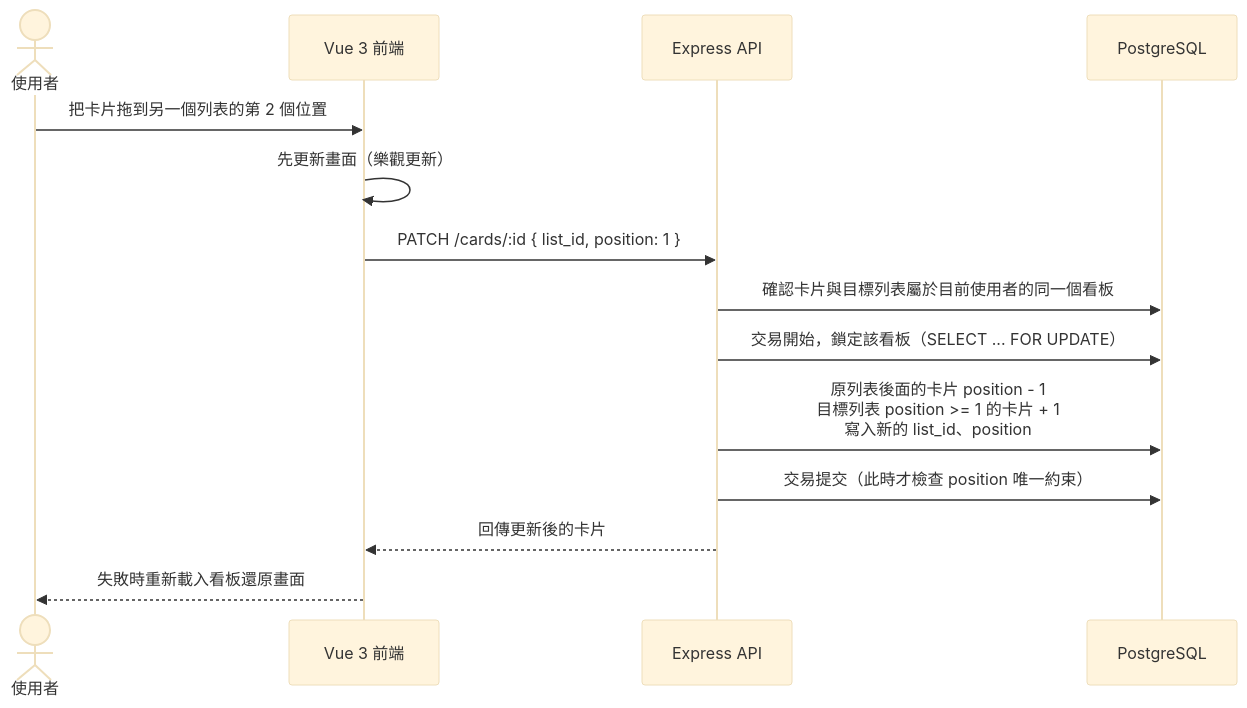
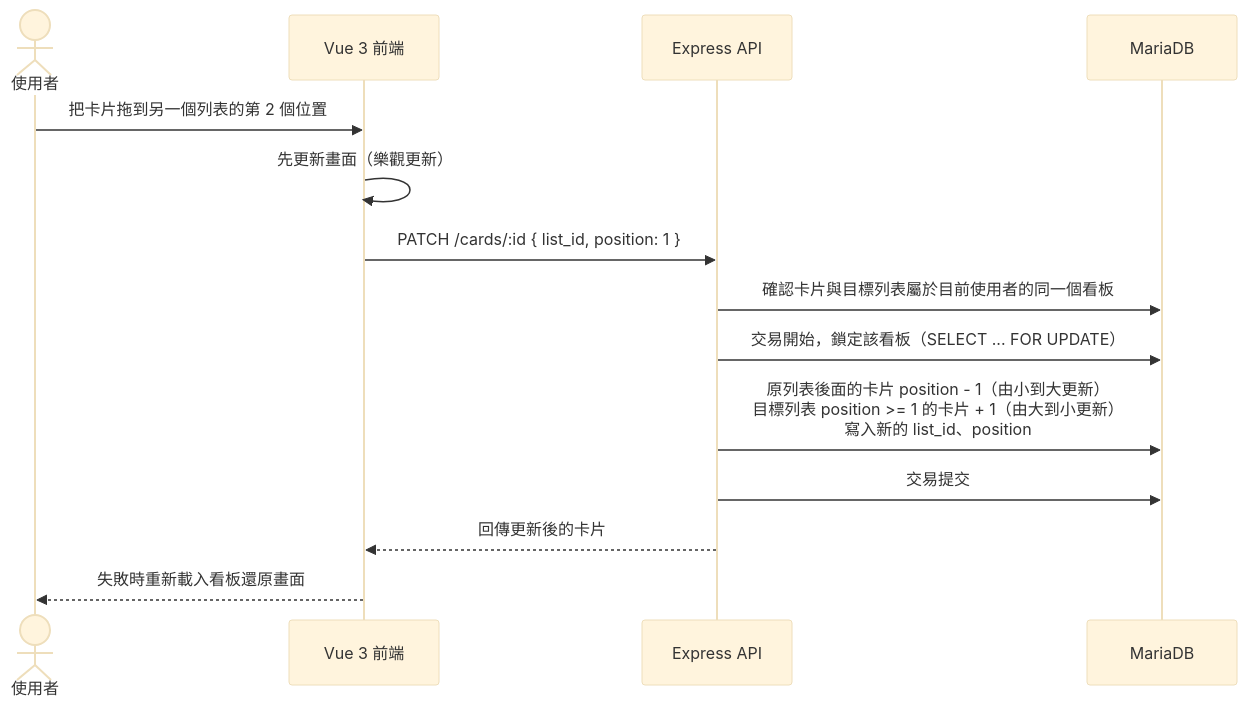
One commit to annie-clickforce/trello-fullstack changed the fourth of 4 diagrams in docs/architecture.md. Above: the diagram before and after it, drawn with Mermaid (base theme). The commit also changed other lines of this file and 2 other files, not shown here.

First line of the commit message:
docs:資料庫改用 MariaDB 以保留搬到 Hostinger Cloud Startup 的彈性

````diff
--- a/docs/architecture.md
+++ b/docs/architecture.md
@@ -132,17 +145,17 @@
 ```mermaid
 sequenceDiagram
     actor User as 使用者
     participant Web as Vue 3 前端
     participant API as Express API
-    participant DB as PostgreSQL
+    participant DB as MariaDB
 
     User->>Web: 把卡片拖到另一個列表的第 2 個位置
     Web->>Web: 先更新畫面（樂觀更新）
     Web->>API: PATCH /cards/:id { list_id, position: 1 }
     API->>DB: 確認卡片與目標列表屬於目前使用者的同一個看板
     API->>DB: 交易開始，鎖定該看板（SELECT ... FOR UPDATE）
-    API->>DB: 原列表後面的卡片 position - 1<br/>目標列表 position >= 1 的卡片 + 1<br/>寫入新的 list_id、position
-    API->>DB: 交易提交（此時才檢查 position 唯一約束）
+    API->>DB: 原列表後面的卡片 position - 1（由小到大更新）<br/>目標列表 position >= 1 的卡片 + 1（由大到小更新）<br/>寫入新的 list_id、position
+    API->>DB: 交易提交
     API-->>Web: 回傳更新後的卡片
     Web-->>User: 失敗時重新載入看板還原畫面
 ```
````
